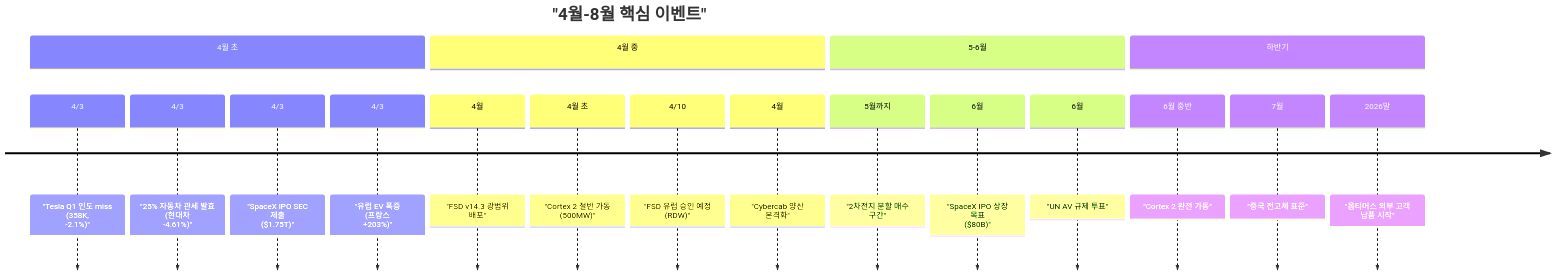
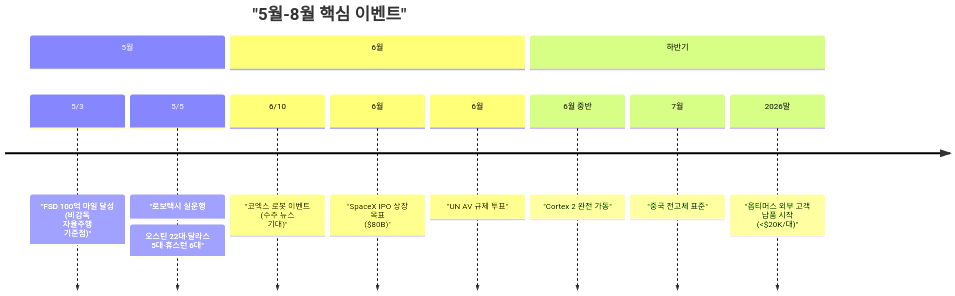
One commit to dss99911/dss99911.github.io changed the fifth of 5 diagrams in _posts/knowledge/invest/2026-01-14-automotive-robotics-sector-outlook-2026.md. Above: the diagram before and after it, drawn with Mermaid. The commit also changed other lines of this file and 2 other files, not shown here.

````diff
--- a/_posts/knowledge/invest/2026-01-14-automotive-robotics-sector-outlook-2026.md
+++ b/_posts/knowledge/invest/2026-01-14-automotive-robotics-sector-outlook-2026.md
@@ -558,22 +575,15 @@
 ```mermaid
 timeline
-    title "4월-8월 핵심 이벤트"
-    section 4월 초
-        4/3 : "Tesla Q1 인도 miss #40;358K, -2.1%#41;"
-        4/3 : "25% 자동차 관세 발효 #40;현대차 -4.61%#41;"
-        4/3 : "SpaceX IPO SEC 제출 #40;$1.75T#41;"
-        4/3 : "유럽 EV 폭증 #40;프랑스 +203%#41;"
-    section 4월 중
-        4월 : "FSD v14.3 광범위 배포"
-        4월 초 : "Cortex 2 절반 가동 #40;500MW#41;"
-        4/10 : "FSD 유럽 승인 예정 #40;RDW#41;"
-        4월 : "Cybercab 양산 본격화"
-    section 5-6월
-        5월까지 : "2차전지 분할 매수 구간"
+    title "5월-8월 핵심 이벤트"
+    section 5월
+        5/3 : "FSD 100억 마일 달성 #40;비감독 자율주행 기준점#41;"
+        5/5 : "로보택시 실운행: 오스틴 22대·달라스 5대·휴스턴 6대"
+    section 6월
+        6/10 : "코엑스 로봇 이벤트 #40;수주 뉴스 기대#41;"
         6월 : "SpaceX IPO 상장 목표 #40;$80B#41;"
         6월 : "UN AV 규제 투표"
     section 하반기
         6월 중반 : "Cortex 2 완전 가동"
         7월 : "중국 전고체 표준"
-        2026말 : "옵티머스 외부 고객 납품 시작"
+        2026말 : "옵티머스 외부 고객 납품 시작 #40;<$20K/대#41;"
 ```
````
